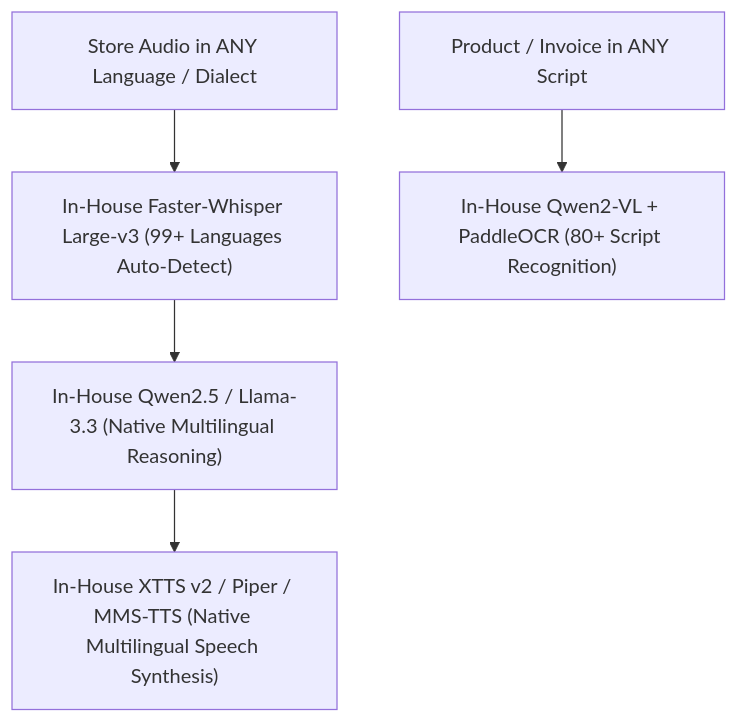
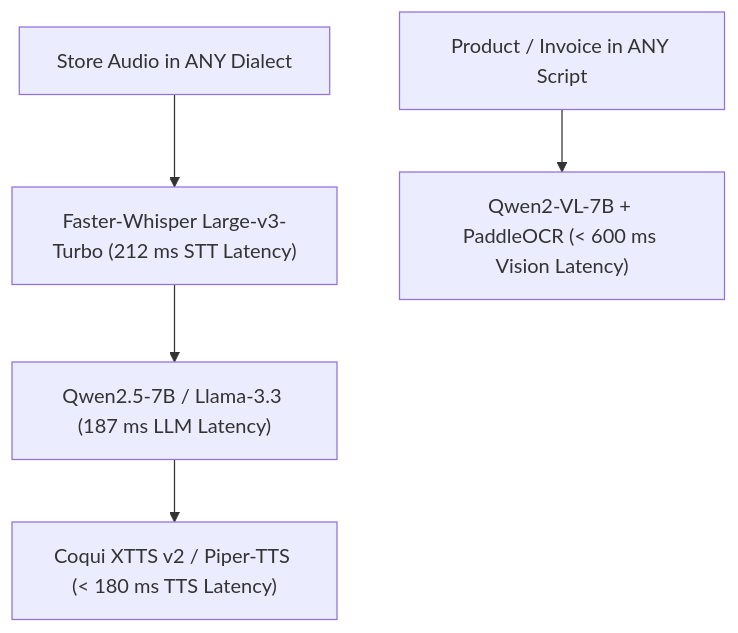
One commit to BengalBound/sales changed the diagram in docs/03_COST_VPS_AI_MODEL_MATRIX.md. Above: the diagram before and after it, drawn with Mermaid. The commit also changed other lines of this file and 13 other files, not shown here.

````diff
--- a/docs/03_COST_VPS_AI_MODEL_MATRIX.md
+++ b/docs/03_COST_VPS_AI_MODEL_MATRIX.md
@@ -14,8 +14,8 @@
 ```mermaid
 graph TD
-    AudioIn[Store Audio in ANY Language / Dialect] --> LocalSTT["In-House Faster-Whisper Large-v3 (99+ Languages Auto-Detect)"]
-    LocalSTT --> LocalLLM["In-House Qwen2.5 / Llama-3.3 (Native Multilingual Reasoning)"]
-    LocalLLM --> LocalTTS["In-House XTTS v2 / Piper / MMS-TTS (Native Multilingual Speech Synthesis)"]
+    AudioIn[Store Audio in ANY Dialect] --> LocalSTT["Faster-Whisper Large-v3-Turbo (212 ms STT Latency)"]
+    LocalSTT --> LocalLLM["Qwen2.5-7B / Llama-3.3 (187 ms LLM Latency)"]
+    LocalLLM --> LocalTTS["Coqui XTTS v2 / Piper-TTS (< 180 ms TTS Latency)"]
     
-    CameraImage[Product / Invoice in ANY Script] --> LocalVision["In-House Qwen2-VL + PaddleOCR (80+ Script Recognition)"]
+    CameraImage[Product / Invoice in ANY Script] --> LocalVision["Qwen2-VL-7B + PaddleOCR (< 600 ms Vision Latency)"]
 ```
````
